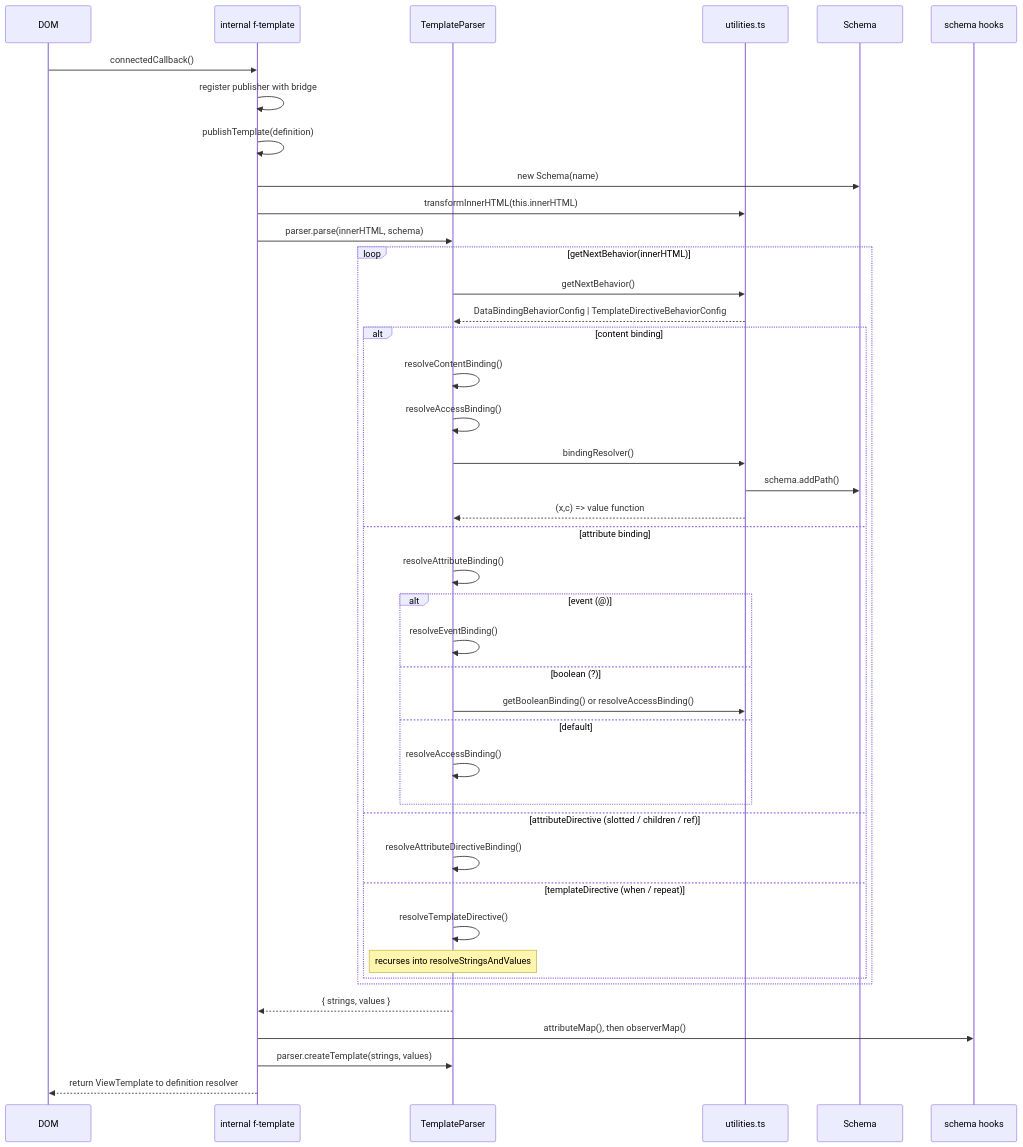
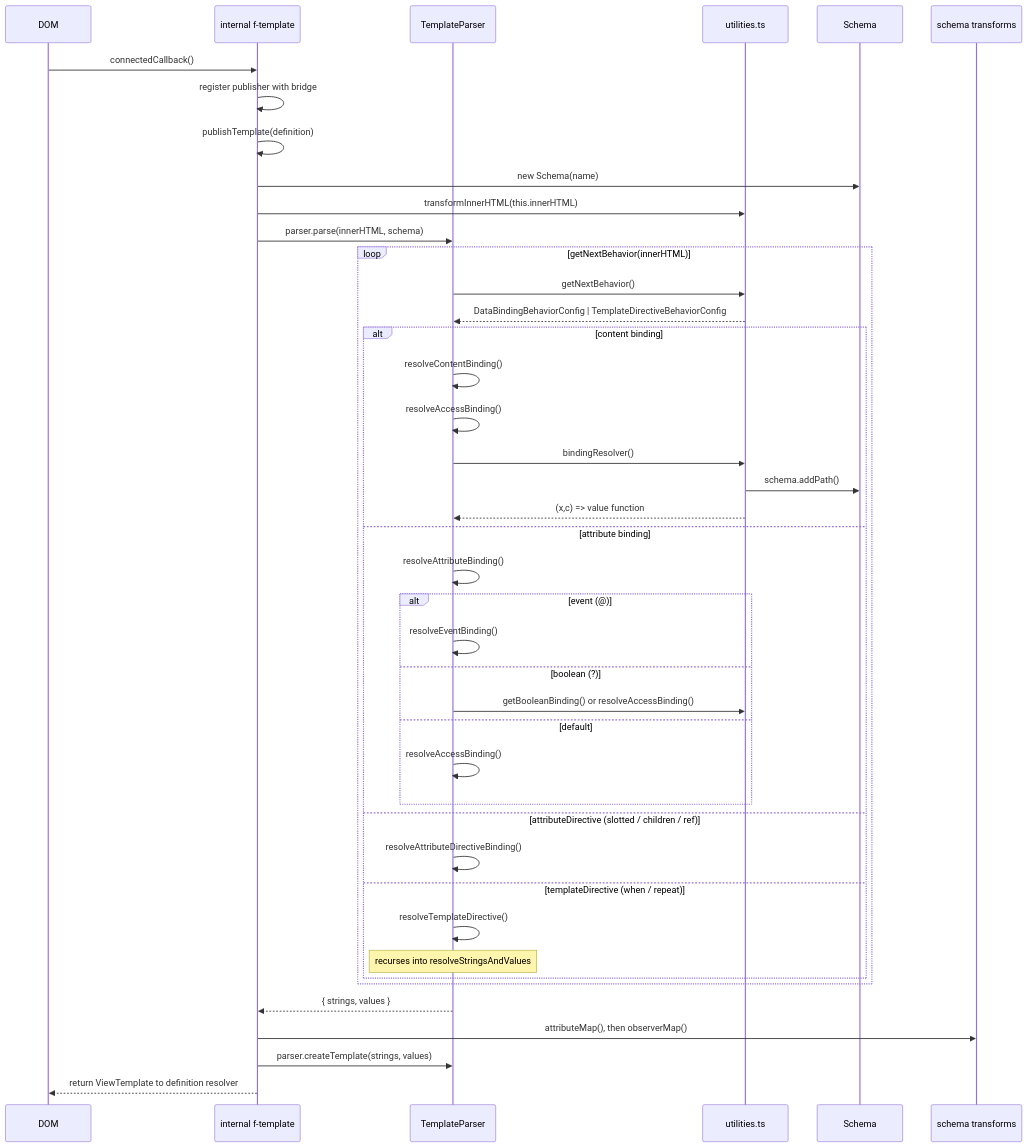
One commit to microsoft/fast changed the second of 4 diagrams in packages/fast-element/DECLARATIVE_DESIGN.md. Above: the diagram before and after it, drawn with Mermaid. The commit also changed other lines of this file and 6 other files, not shown here.

Commit message:
Rename schema hooks to transforms

````diff
--- a/packages/fast-element/DECLARATIVE_DESIGN.md
+++ b/packages/fast-element/DECLARATIVE_DESIGN.md
@@ -375,45 +376,45 @@
 ```mermaid
 sequenceDiagram
     participant DOM
     participant FTE as internal f-template
     participant TP as TemplateParser
     participant U as utilities.ts
     participant S as Schema
-    participant Hooks as schema hooks
+    participant Transforms as schema transforms
 
     DOM->>FTE: connectedCallback()
     FTE->>FTE: register publisher with bridge
     FTE->>FTE: publishTemplate(definition)
     FTE->>S: new Schema(name)
     FTE->>U: transformInnerHTML(this.innerHTML)
     FTE->>TP: parser.parse(innerHTML, schema)
     loop getNextBehavior(innerHTML)
         TP->>U: getNextBehavior()
         U-->>TP: DataBindingBehaviorConfig | TemplateDirectiveBehaviorConfig
         alt content binding
             TP->>TP: resolveContentBinding()
             TP->>TP: resolveAccessBinding()
             TP->>U: bindingResolver()
             U->>S: schema.addPath()
             U-->>TP: (x,c) => value function
         else attribute binding
             TP->>TP: resolveAttributeBinding()
             alt event (@)
                 TP->>TP: resolveEventBinding()
             else boolean (?)
                 TP->>U: getBooleanBinding() or resolveAccessBinding()
             else default
                 TP->>TP: resolveAccessBinding()
             end
         else attributeDirective (slotted / children / ref)
             TP->>TP: resolveAttributeDirectiveBinding()
         else templateDirective (when / repeat)
             TP->>TP: resolveTemplateDirective()
             note over TP: recurses into resolveStringsAndValues
         end
     end
     TP-->>FTE: { strings, values }
-    FTE->>Hooks: attributeMap(), then observerMap()
+    FTE->>Transforms: attributeMap(), then observerMap()
     FTE->>TP: parser.createTemplate(strings, values)
     FTE-->>DOM: return ViewTemplate to definition resolver
 ```
````
